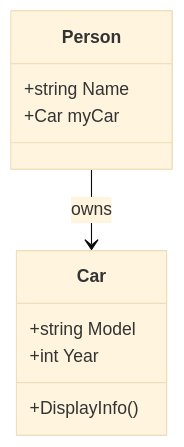
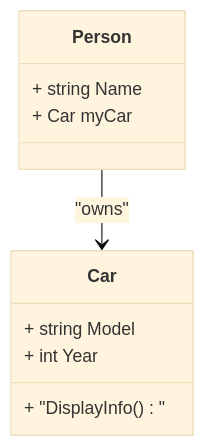
Diagram 14 of 14 in content/post/2024/2024-10-15-csharp-class/index.md (42jerrykim/42jerrykim.github.io), drawn with Mermaid (base theme) before and after one commit. The commit also changed other lines of this file and 239 other files, not shown here.

````diff
--- a/content/post/2024/2024-10-15-csharp-class/index.md
+++ b/content/post/2024/2024-10-15-csharp-class/index.md
@@ -1281,15 +1139,13 @@
 ```mermaid
 classDiagram
     class Car {
-        +string Model
-        +int Year
-        +DisplayInfo()
+        + string Model
+        + int Year
+        + "DisplayInfo()"
     }
-
     class Person {
-        +string Name
-        +Car myCar
+        + string Name
+        + Car myCar
     }
-
-    Person --> Car : owns
+    Person --> Car : "owns"
 ```
````
